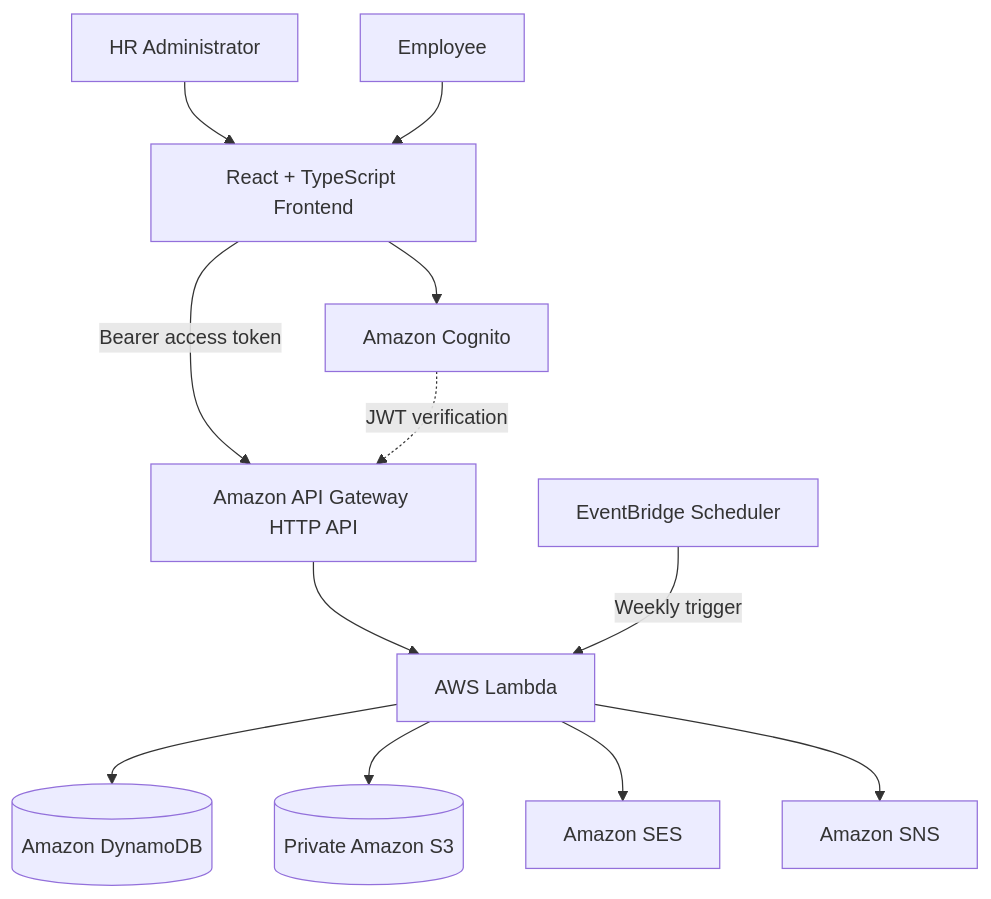
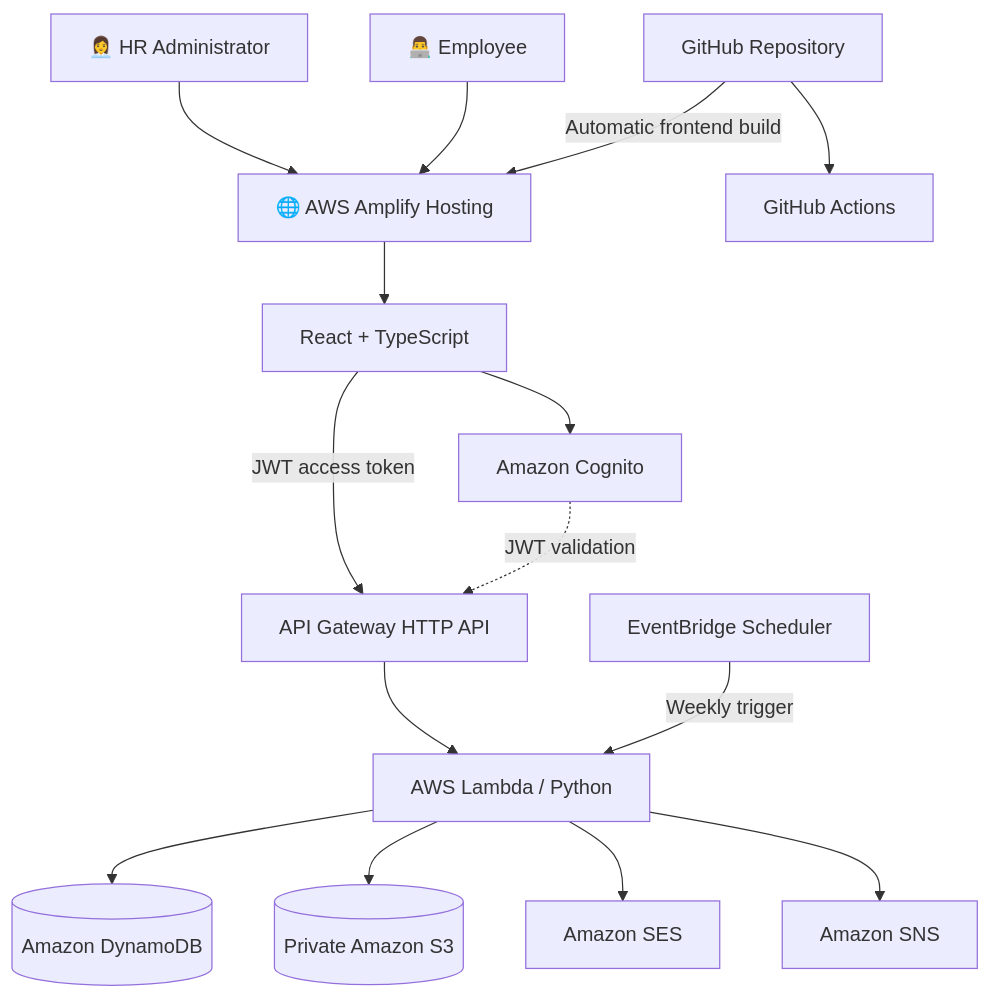
One commit to SubhashiniRajamani/employee-learning-skill-tracker changed the first of 3 diagrams in README.md. Above: the diagram before and after it, drawn with Mermaid. The commit also changed other lines of this file, not shown here.

Commit message:
Document public AWS Amplify hosting in SkillTrack README

````diff
--- a/README.md
+++ b/README.md
@@ -88,31 +125,39 @@
 ```mermaid
 flowchart TD
-    HR["HR Administrator"]
-    EMP["Employee"]
+    HR["👩‍💼 HR Administrator"]
+    EMP["👨‍💻 Employee"]
 
-    UI["React + TypeScript Frontend"]
+    AMP["🌐 AWS Amplify Hosting"]
+    UI["React + TypeScript"]
     AUTH["Amazon Cognito"]
-    API["Amazon API Gateway HTTP API"]
-    LAMBDA["AWS Lambda"]
+    API["API Gateway HTTP API"]
+    LAMBDA["AWS Lambda / Python"]
 
     DB[("Amazon DynamoDB")]
     S3[("Private Amazon S3")]
     SES["Amazon SES"]
     SNS["Amazon SNS"]
     EVENT["EventBridge Scheduler"]
 
-    HR --> UI
-    EMP --> UI
+    GH["GitHub Repository"]
+    CI["GitHub Actions"]
 
+    HR --> AMP
+    EMP --> AMP
+
+    AMP --> UI
     UI --> AUTH
-    UI -->|"Bearer access token"| API
-    AUTH -.->|"JWT verification"| API
+    UI -->|"JWT access token"| API
+    AUTH -. "JWT validation" .-> API
     API --> LAMBDA
 
     LAMBDA --> DB
     LAMBDA --> S3
     LAMBDA --> SES
 
     EVENT -->|"Weekly trigger"| LAMBDA
     LAMBDA --> SNS
+
+    GH --> CI
+    GH -->|"Automatic frontend build"| AMP
 ```
````
